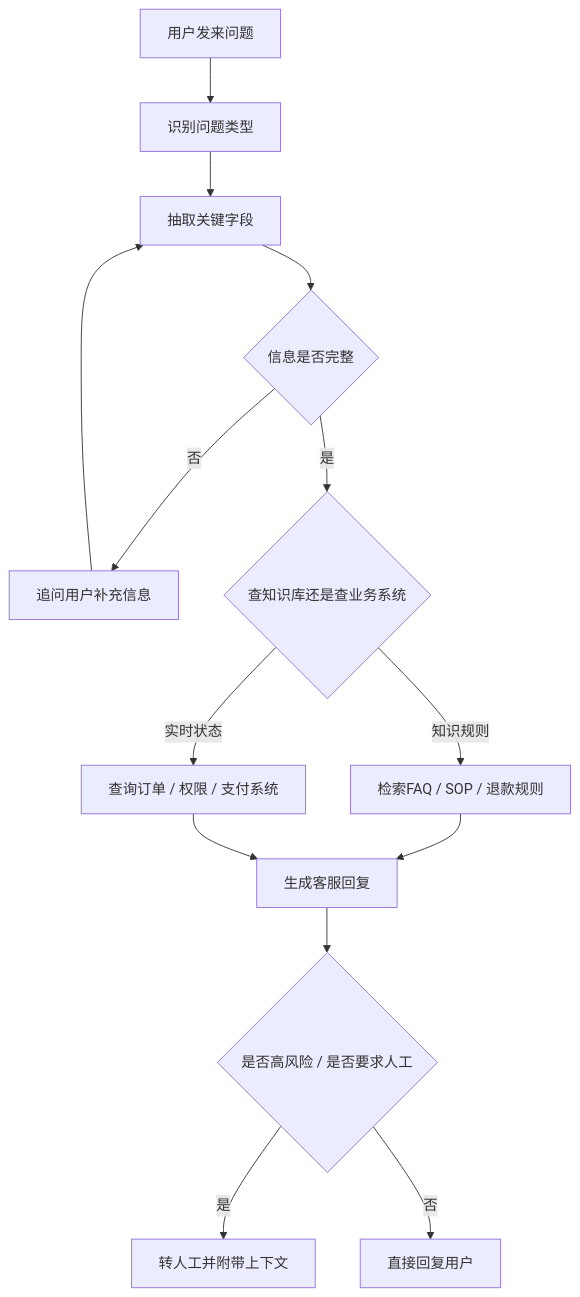
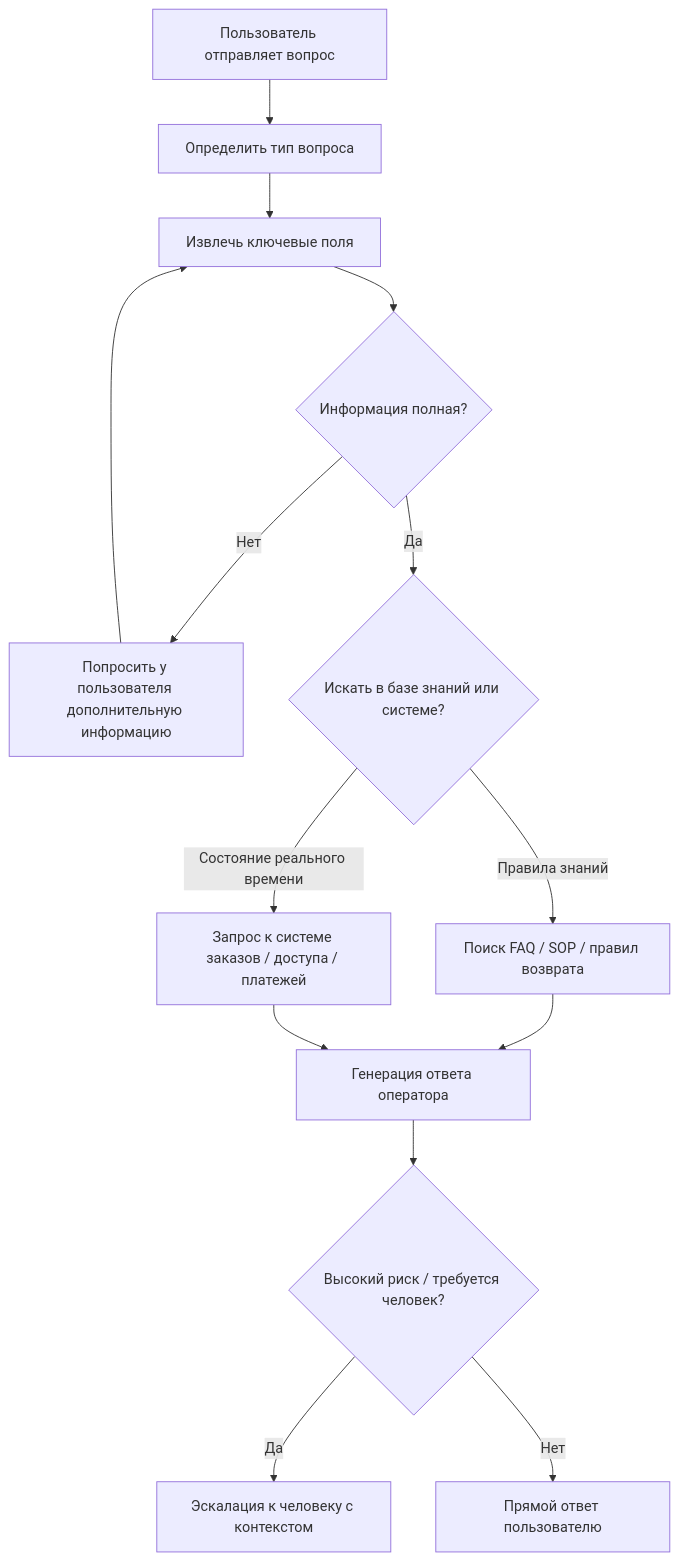
One commit to funkykesha/vibe changed the first of 2 diagrams in lesson-originals-ru/stage-3/ai-advanced/langgraph-advanced-rag.md. Above: the diagram before and after it, drawn with Mermaid. The commit also changed other lines of this file and 138 other files, not shown here.

````diff
--- a/lesson-originals-ru/stage-3/ai-advanced/langgraph-advanced-rag.md
+++ b/lesson-originals-ru/stage-3/ai-advanced/langgraph-advanced-rag.md
@@ -56,16 +57,16 @@
 ```mermaid
 flowchart TD
-    A["用户发来问题"] --> B["识别问题类型"]
-    B --> C["抽取关键字段"]
-    C --> D{"信息是否完整"}
-    D -- 否 --> E["追问用户补充信息"]
+    A["Пользователь отправляет вопрос"] --> B["Определить тип вопроса"]
+    B --> C["Извлечь ключевые поля"]
+    C --> D{"Информация полная?"}
+    D -- Нет --> E["Попросить у пользователя дополнительную информацию"]
     E --> C
-    D -- 是 --> F{"查知识库还是查业务系统"}
-    F -- 知识规则 --> G["检索FAQ / SOP / 退款规则"]
-    F -- 实时状态 --> H["查询订单 / 权限 / 支付系统"]
-    G --> I["生成客服回复"]
+    D -- Да --> F{"Искать в базе знаний или системе?"}
+    F -- Правила знаний --> G["Поиск FAQ / SOP / правил возврата"]
+    F -- Состояние реального времени --> H["Запрос к системе заказов / доступа / платежей"]
+    G --> I["Генерация ответа оператора"]
     H --> I
-    I --> J{"是否高风险 / 是否要求人工"}
-    J -- 是 --> K["转人工并附带上下文"]
-    J -- 否 --> L["直接回复用户"]
+    I --> J{"Высокий риск / требуется человек?"}
+    J -- Да --> K["Эскалация к человеку с контекстом"]
+    J -- Нет --> L["Прямой ответ пользователю"]
 ```
````
